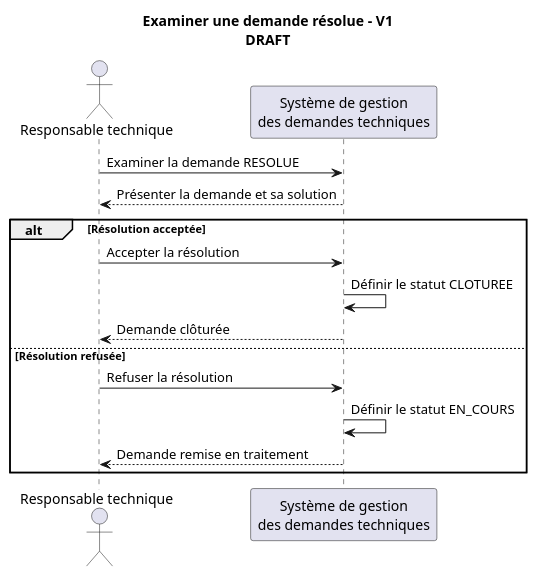
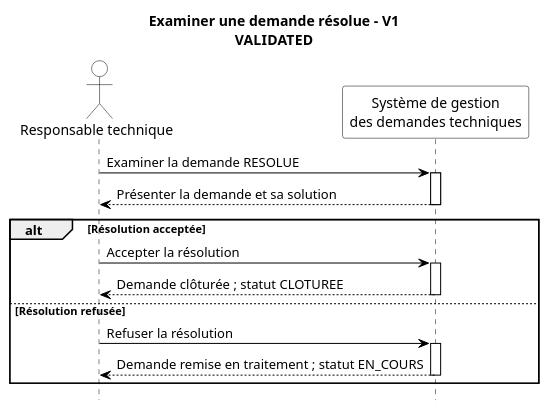
The diagram in docs/uml/sequence/review-resolution-v1.puml (akrouty/gestion-demandes-techniques), drawn with PlantUML before and after one commit. The commit also changed 4 other files, not shown here.

Commit message:
sequnce diagrame validation

```diff
--- a/docs/uml/sequence/review-resolution-v1.puml
+++ b/docs/uml/sequence/review-resolution-v1.puml
@@ -1,22 +1,45 @@
 @startuml
 
-' Statut : DRAFT
-title Examiner une demande résolue - V1\nDRAFT
+' Statut : VALIDATED
+title Examiner une demande résolue - V1\nVALIDATED
+
+hide footbox
+skinparam monochrome true
+skinparam shadowing false
+skinparam backgroundColor white
+skinparam sequence {
+  ArrowColor black
+  ActorBorderColor black
+  ActorBackgroundColor white
+  ActorFontColor black
+  ParticipantBorderColor black
+  ParticipantBackgroundColor white
+  ParticipantFontColor black
+  LifeLineBorderColor black
+  LifeLineBackgroundColor white
+  GroupBorderColor black
+  GroupHeaderFontColor black
+  GroupBodyBackgroundColor white
+}
 
 actor "Responsable technique" as RT
 participant "Système de gestion\ndes demandes techniques" as SYSTEM
 
 RT -> SYSTEM : Examiner la demande RESOLUE
+activate SYSTEM
 SYSTEM --> RT : Présenter la demande et sa solution
+deactivate SYSTEM
 
 alt Résolution acceptée
   RT -> SYSTEM : Accepter la résolution
-  SYSTEM -> SYSTEM : Définir le statut CLOTUREE
-  SYSTEM --> RT : Demande clôturée
+  activate SYSTEM
+  SYSTEM --> RT : Demande clôturée ; statut CLOTUREE
+  deactivate SYSTEM
 else Résolution refusée
   RT -> SYSTEM : Refuser la résolution
-  SYSTEM -> SYSTEM : Définir le statut EN_COURS
-  SYSTEM --> RT : Demande remise en traitement
+  activate SYSTEM
+  SYSTEM --> RT : Demande remise en traitement ; statut EN_COURS
+  deactivate SYSTEM
 end
 
 @enduml
```
